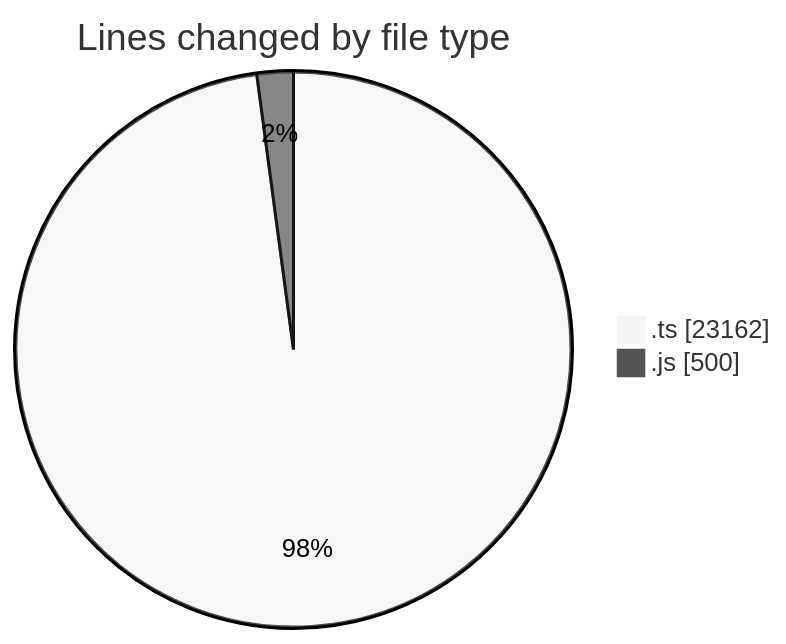
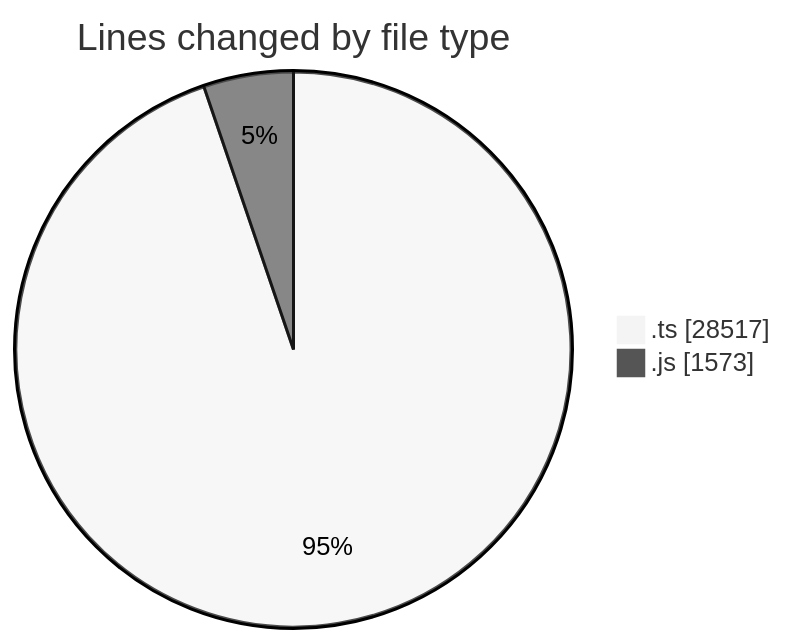
The first of 2 diagrams in 2025-06-26/cda/README.md (momahboobian/code-tracking), drawn with Mermaid (neutral theme) before and after one commit. The commit also changed other lines of this file and 1 other file, not shown here.

````diff
--- a/2025-06-26/cda/README.md
+++ b/2025-06-26/cda/README.md
@@ -27,6 +28,6 @@
 ```mermaid
 pie showData
 title Lines changed by file type
-".ts" : 23162
-".js" : 500
+".ts" : 28517
+".js" : 1573
 ```
````
